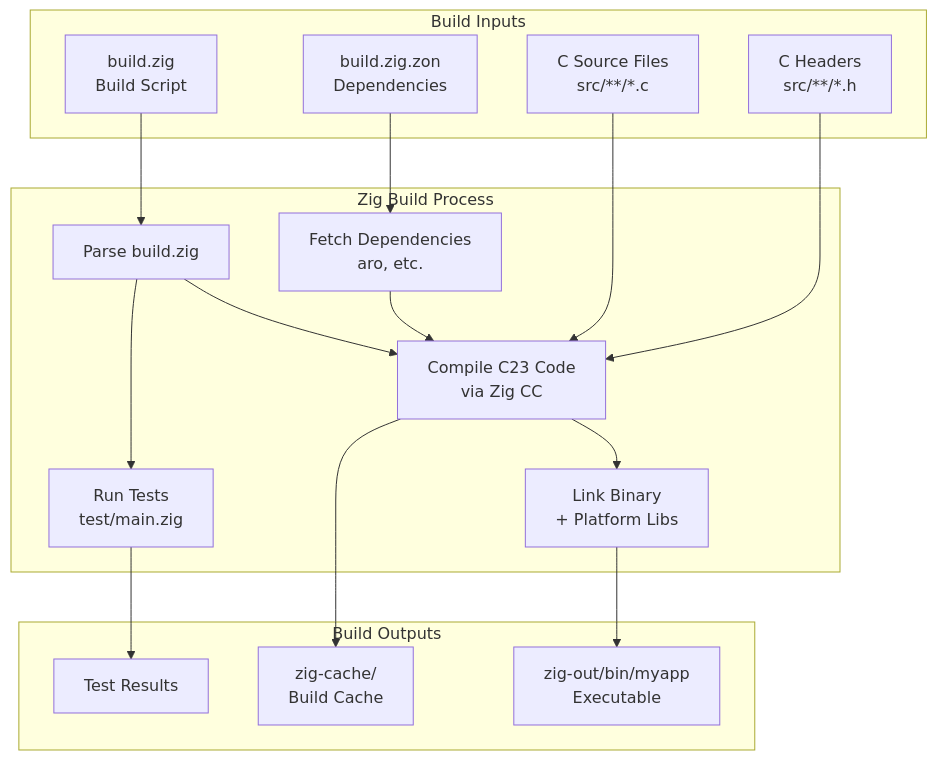
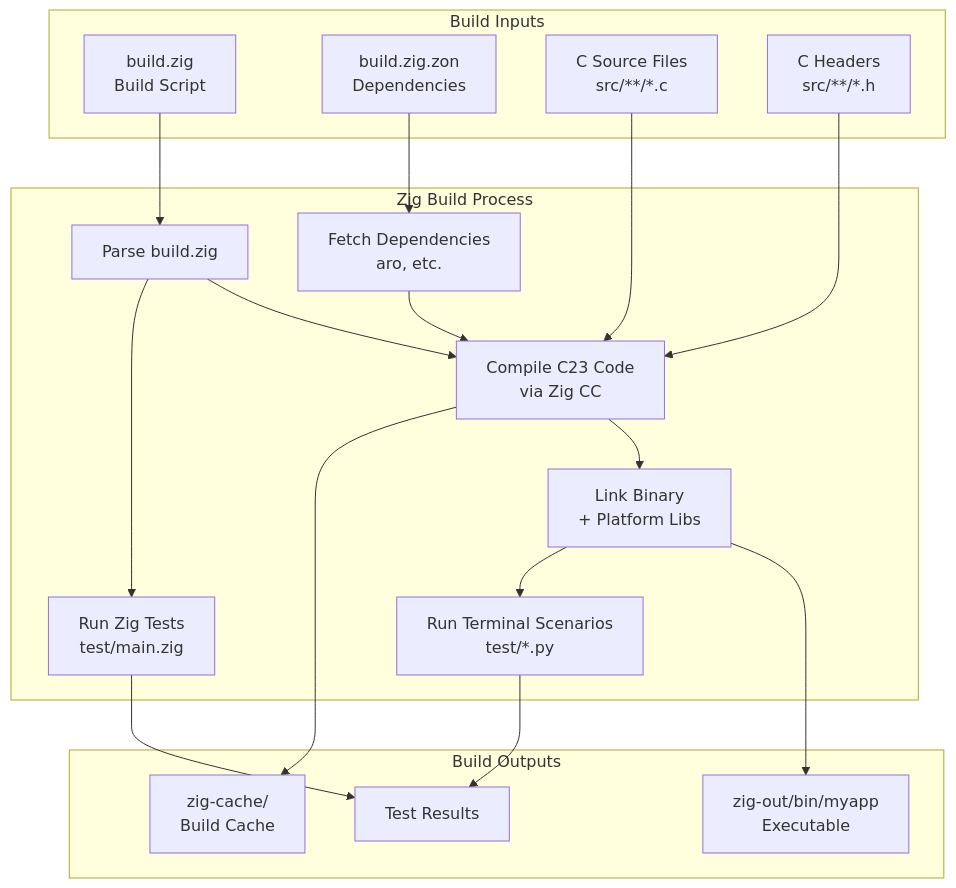
Before and after one commit to sammyjoyce/c23-cli-template: the third of 7 diagrams in docs/ARCHITECTURE.md, drawn with Mermaid. The commit also changed other lines of this file and 19 other files, not shown here.

First line of the commit message:
[codex] Add terminal test framework (#16)

````diff
--- a/docs/ARCHITECTURE.md
+++ b/docs/ARCHITECTURE.md
@@ -111,35 +111,38 @@
 ```mermaid
 graph TD
     subgraph "Build Inputs"
         BUILDZIG[build.zig<br/>Build Script]
         BUILDZON[build.zig.zon<br/>Dependencies]
         CSRC[C Source Files<br/>src/**/*.c]
         CHDR[C Headers<br/>src/**/*.h]
     end
 
     subgraph "Zig Build Process"
         PARSE[Parse build.zig]
         DEPS[Fetch Dependencies<br/>aro, etc.]
         COMPILE[Compile C23 Code<br/>via Zig CC]
         LINK[Link Binary<br/>+ Platform Libs]
-        TEST[Run Tests<br/>test/main.zig]
+        TEST[Run Zig Tests<br/>test/main.zig]
+        TERMTEST[Run Terminal Scenarios<br/>test/*.py]
     end
 
     subgraph "Build Outputs"
         BIN[zig-out/bin/myapp<br/>Executable]
         TESTOUT[Test Results]
         CACHE[zig-cache/<br/>Build Cache]
     end
 
     BUILDZIG --> PARSE
     BUILDZON --> DEPS
     CSRC --> COMPILE
     CHDR --> COMPILE
     PARSE --> COMPILE
     DEPS --> COMPILE
     COMPILE --> LINK
     LINK --> BIN
     PARSE --> TEST
+    LINK --> TERMTEST
     TEST --> TESTOUT
+    TERMTEST --> TESTOUT
     COMPILE --> CACHE
 ```
````
